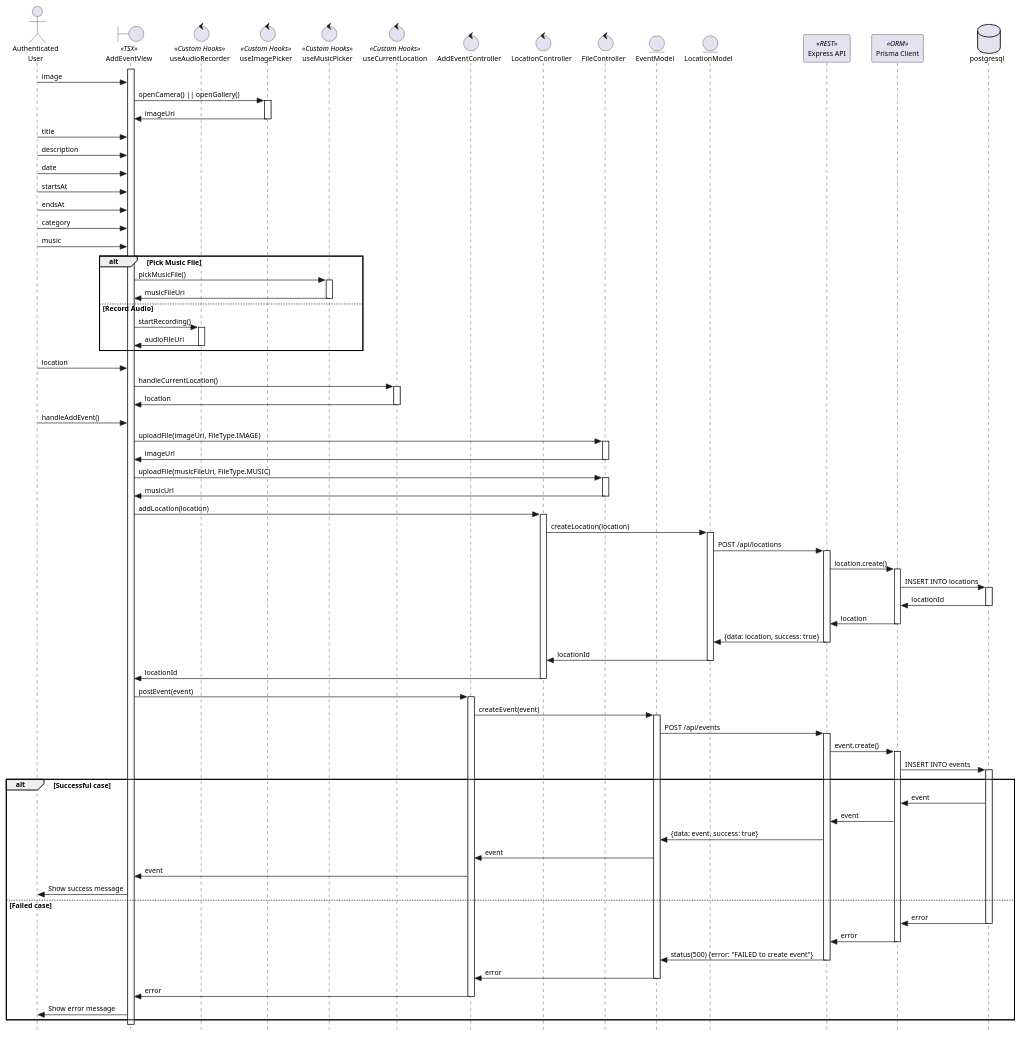
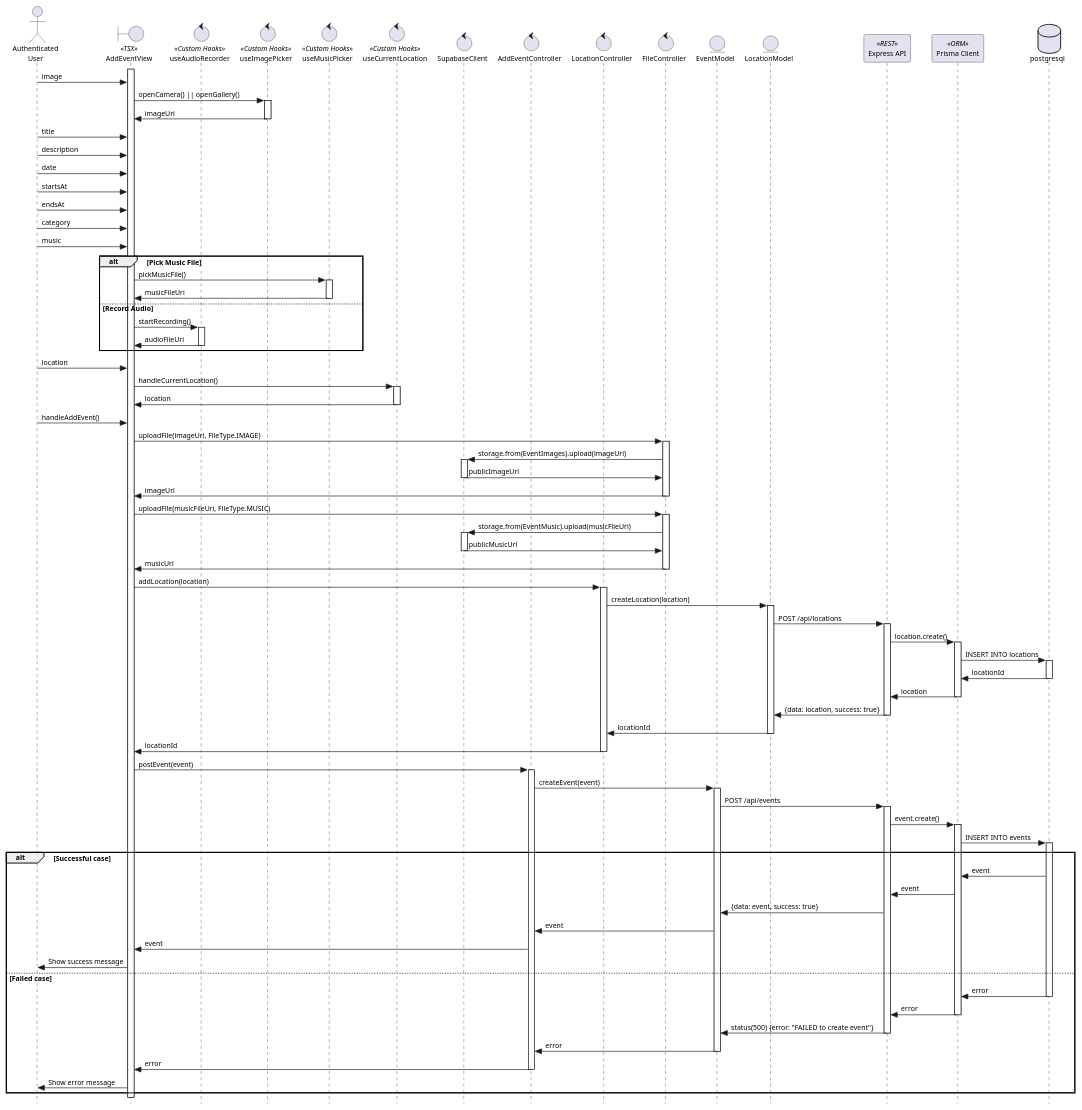
Before and after one commit to valeraruggierotesisucv/tesis-frameworks-mobile-diagrams: the diagram in Diseño/React Native/UC 6 Diseño/InteractionSequenceDiagram.plantuml, drawn with PlantUML. The commit also changed 10 other files, not shown here.

First line of the commit message:
Update interaction sequence diagrams with Supabase storage upload details

```diff
--- a/Diseño/React Native/UC 6 Diseño/InteractionSequenceDiagram.plantuml
+++ b/Diseño/React Native/UC 6 Diseño/InteractionSequenceDiagram.plantuml
@@ -1,140 +1,149 @@
 @startuml
 skinparam style strictuml
 skinparam defaultFontSize 11
 skinparam stereotypePosition top
 
 actor "Authenticated\nUser" as AuthenticatedUser
 
 boundary "AddEventView" as AddEventView << TSX >>
 
 control "useAudioRecorder" as useAudioRecorder << Custom Hooks >>
 control "useImagePicker" as useImagePicker << Custom Hooks >>
 control "useMusicPicker" as useMusicPicker << Custom Hooks >>
 control "useCurrentLocation" as useCurrentLocation << Custom Hooks >>
+control "SupabaseClient" as SupabaseClient
 
 control "AddEventController" as AddEventController
 control "LocationController" as LocationController
 control "FileController" as FileController
 
 entity "EventModel" as EventModel
 entity "LocationModel" as LocationModel
 
 participant "Express API" as API << REST >>
 participant "Prisma Client" as prisma << ORM >>
 database postgresql
 
 activate AddEventView
 AuthenticatedUser -> AddEventView : image
 
 AddEventView -> useImagePicker : openCamera() || openGallery()
 activate useImagePicker
 useImagePicker -> AddEventView : imageUri
 deactivate useImagePicker
 
 AuthenticatedUser -> AddEventView : title
 AuthenticatedUser -> AddEventView : description
 AuthenticatedUser -> AddEventView : date
 AuthenticatedUser -> AddEventView : startsAt
 AuthenticatedUser -> AddEventView : endsAt
 AuthenticatedUser -> AddEventView : category
 AuthenticatedUser -> AddEventView : music
 
 alt Pick Music File
     AddEventView -> useMusicPicker : pickMusicFile()
     activate useMusicPicker
     useMusicPicker -> AddEventView : musicFileUri
     deactivate useMusicPicker
 else Record Audio
     AddEventView -> useAudioRecorder : startRecording()
     activate useAudioRecorder
     useAudioRecorder -> AddEventView : audioFileUri
     deactivate useAudioRecorder
 end
 
 AuthenticatedUser -> AddEventView : location
 
 AddEventView -> useCurrentLocation : handleCurrentLocation()
 activate useCurrentLocation
 useCurrentLocation -> AddEventView : location
 deactivate useCurrentLocation
 
 AuthenticatedUser -> AddEventView : handleAddEvent()
 
 AddEventView -> FileController : uploadFile(imageUri, FileType.IMAGE)
 activate FileController
+FileController -> SupabaseClient : storage.from(EventImages).upload(imageUri)
+activate SupabaseClient
+SupabaseClient -> FileController : publicImageUrl
+deactivate SupabaseClient
 FileController -> AddEventView : imageUrl
 deactivate FileController
 
 AddEventView -> FileController : uploadFile(musicFileUri, FileType.MUSIC)
 activate FileController
+FileController -> SupabaseClient : storage.from(EventMusic).upload(musicFileUri)
+activate SupabaseClient
+SupabaseClient -> FileController : publicMusicUrl
+deactivate SupabaseClient
 FileController -> AddEventView : musicUrl
 deactivate FileController
 
 
 ' Location 
 AddEventView -> LocationController : addLocation(location)
 activate LocationController
 LocationController -> LocationModel : createLocation(location)
 activate LocationModel
 
 LocationModel -> API : POST /api/locations
 activate API
 API -> prisma : location.create()
 activate prisma
 prisma -> postgresql : INSERT INTO locations
 activate postgresql
 postgresql -> prisma : locationId
 deactivate postgresql
 prisma -> API : location
 deactivate prisma
 API -> LocationModel : {data: location, success: true}
 deactivate API
 
 LocationModel -> LocationController : locationId
 deactivate LocationModel
 LocationController -> AddEventView : locationId
 deactivate LocationController
 
 
 ' Event
 AddEventView -> AddEventController : postEvent(event)
 activate AddEventController
 
 AddEventController -> EventModel : createEvent(event)
 activate EventModel
 
 EventModel -> API : POST /api/events
 activate API
 API -> prisma : event.create()
 activate prisma
 prisma -> postgresql : INSERT INTO events
 activate postgresql
 
 alt Successful case
     postgresql -> prisma : event
 
     prisma -> API : event
 
     API -> EventModel : {data: event, success: true}
 
     EventModel -> AddEventController : event
 
     AddEventController -> AddEventView : event
 
     AddEventView -> AuthenticatedUser : Show success message
 else Failed case
     postgresql -> prisma : error
     deactivate postgresql
     prisma -> API : error
     deactivate prisma
     API -> EventModel : status(500) {error: "FAILED to create event"}
     deactivate API
     EventModel -> AddEventController : error
     deactivate EventModel
     AddEventController -> AddEventView : error
     deactivate AddEventController
     AddEventView -> AuthenticatedUser : Show error message
 end
 deactivate AddEventView
 
 @enduml
```
